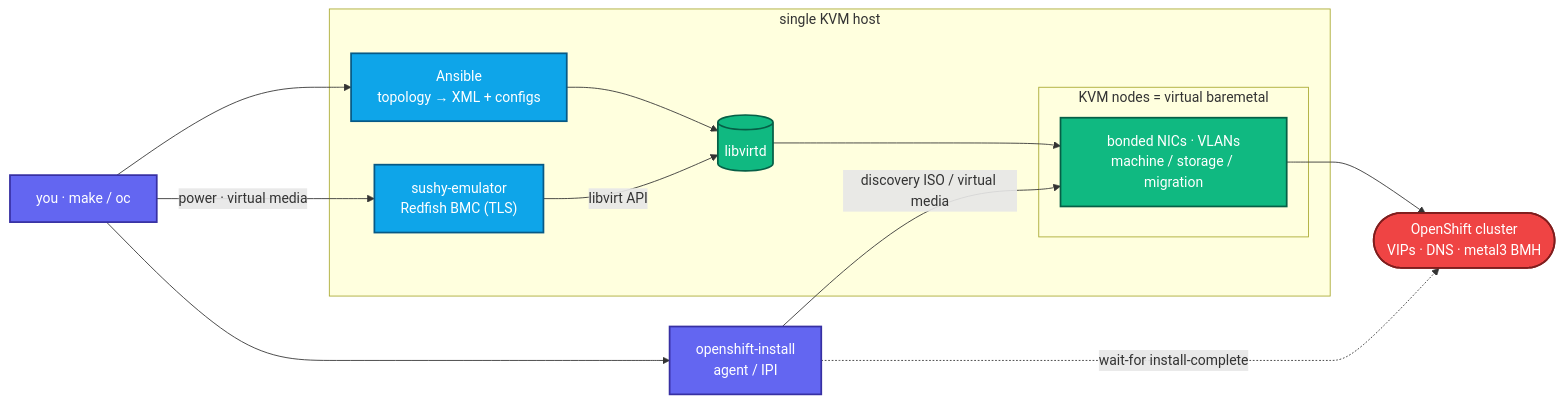
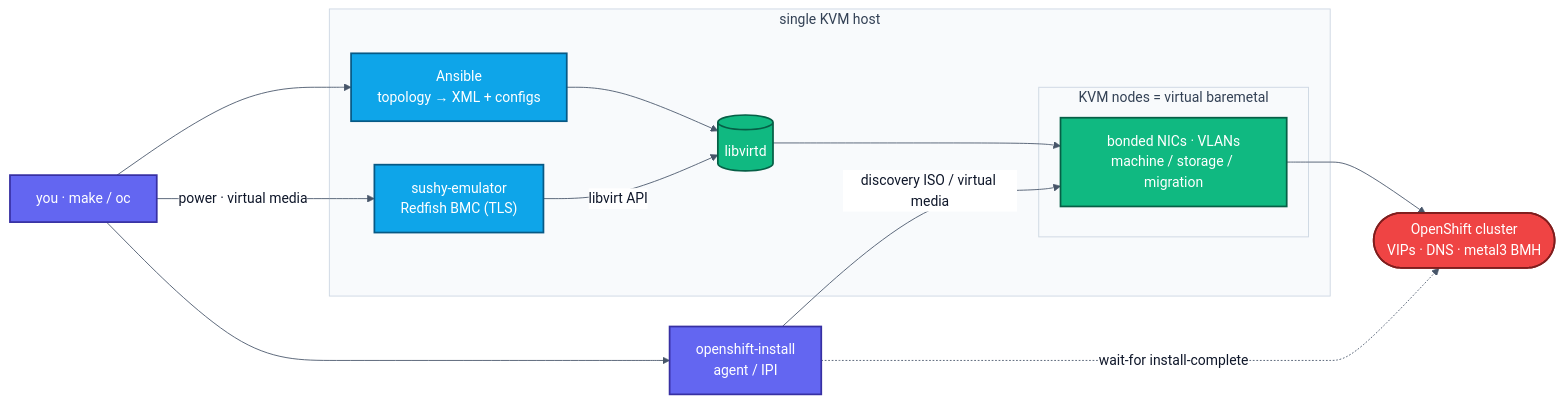
One commit to maci0/vmetal-openshift changed the diagram in README.md. Above: the diagram before and after it, drawn with Mermaid. The commit also changed 6 other files, not shown here.

First line of the commit message:
docs: beautify all mermaid diagrams (clean theme, fix yellow subgraphs)

````diff
--- a/README.md
+++ b/README.md
@@ -73,29 +73,30 @@
 ```mermaid
+%%{init: {'theme':'base','themeVariables':{'fontFamily':'ui-sans-serif, system-ui, Segoe UI, Roboto, Helvetica, Arial, sans-serif','clusterBkg':'#f8fafc','clusterBorder':'#cbd5e1','titleColor':'#334155','lineColor':'#475569','primaryColor':'#eef2ff','primaryBorderColor':'#94a3b8','primaryTextColor':'#0f172a','edgeLabelBackground':'#ffffff'}}}%%
 flowchart LR
   admin["you · make / oc"]
   subgraph host["single KVM host"]
     ansible["Ansible<br/>topology → XML + configs"]
     sushy["sushy-emulator<br/>Redfish BMC (TLS)"]
     libvirt[("libvirtd")]
     subgraph nodes["KVM nodes = virtual baremetal"]
       vms["bonded NICs · VLANs<br/>machine / storage / migration"]
     end
   end
   oi["openshift-install<br/>agent / IPI"]
   ocp(["OpenShift cluster<br/>VIPs · DNS · metal3 BMH"])
 
   admin --> ansible --> libvirt --> vms
   admin --> oi -- "discovery ISO / virtual media" --> vms
   admin -- "power · virtual media" --> sushy -- "libvirt API" --> libvirt
   vms --> ocp
   oi -. "wait-for install-complete" .-> ocp
 
   classDef a fill:#6366f1,stroke:#3730a3,color:#fff,stroke-width:2px;
   classDef b fill:#0ea5e9,stroke:#075985,color:#fff,stroke-width:2px;
   classDef c fill:#10b981,stroke:#065f46,color:#fff,stroke-width:2px;
   classDef d fill:#ef4444,stroke:#7f1d1d,color:#fff,stroke-width:2px;
   class admin,oi a;
   class sushy,ansible b;
   class libvirt,vms c;
   class ocp d;
 ```
````
